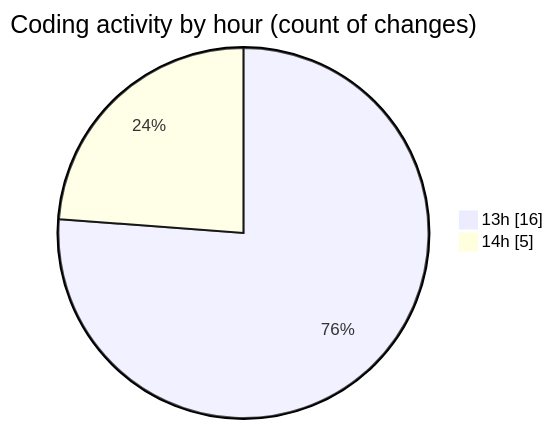
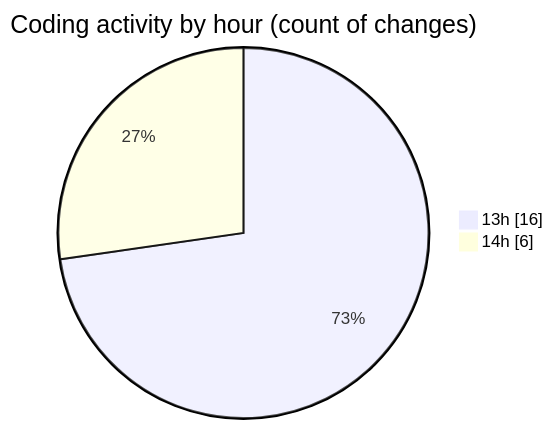
Before and after one commit to momahboobian/code-tracking: the second of 2 diagrams in 2026-06-12/cda/README.md, drawn with Mermaid. The commit also changed other lines of this file and 1 other file, not shown here.

````diff
--- a/2026-06-12/cda/README.md
+++ b/2026-06-12/cda/README.md
@@ -33,6 +34,6 @@
 ```mermaid
 pie showData
 title Coding activity by hour (count of changes)
 "13h" : 16
-"14h" : 5
+"14h" : 6
 ```
````
